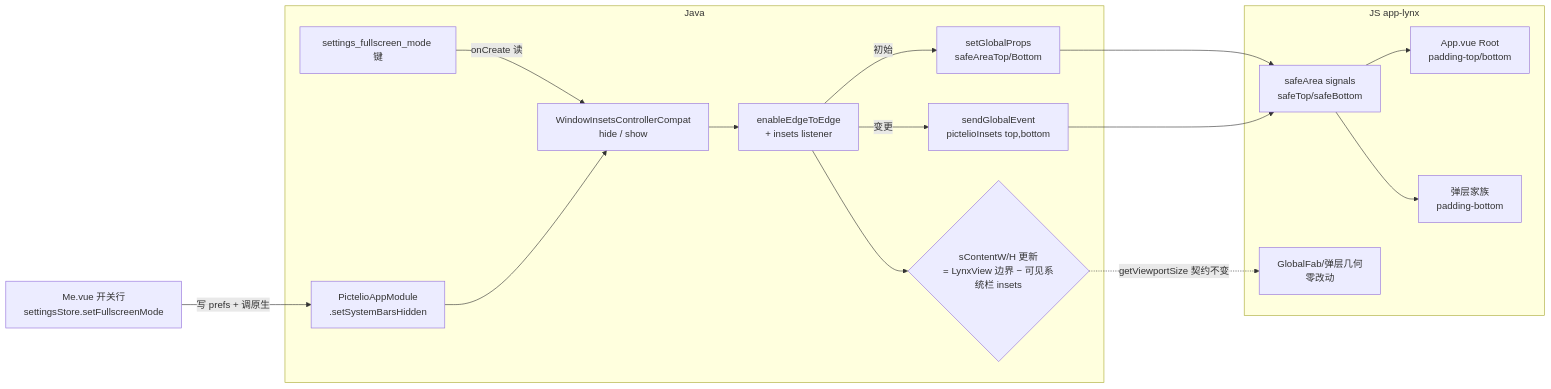
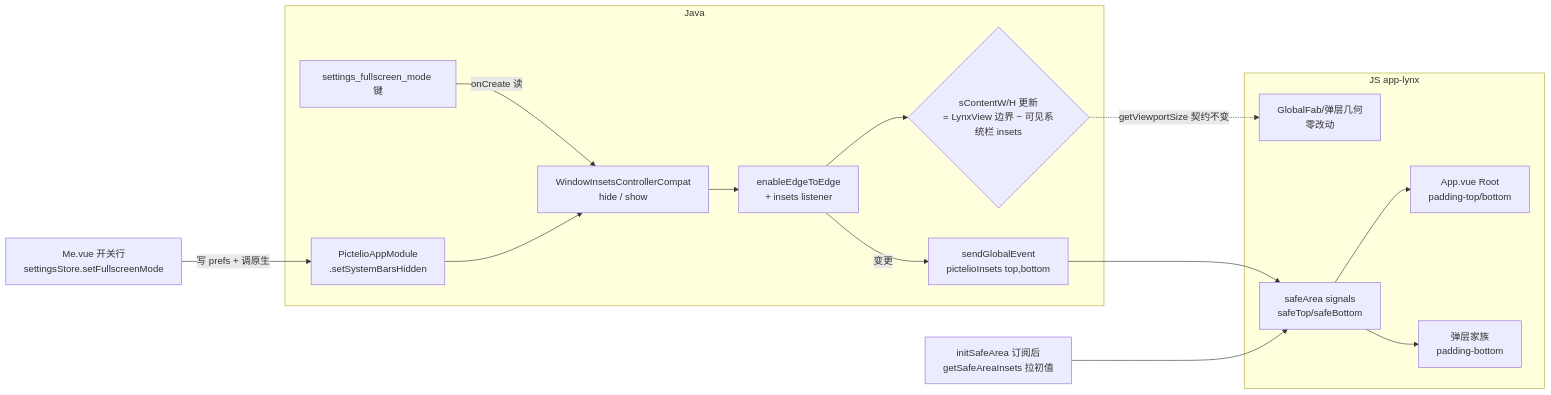
The diagram in docs/specs/lynx-systembars.md (a1121611810/Pictelio), drawn with Mermaid before and after one commit. The commit also changed other lines of this file and 4 other files, not shown here.

````diff
--- a/docs/specs/lynx-systembars.md
+++ b/docs/specs/lynx-systembars.md
@@ -28,19 +28,18 @@
 ```mermaid
 flowchart LR
   subgraph Java
     A[enableEdgeToEdge<br>+ insets listener] --> B{sContentW/H 更新<br>= LynxView 边界 − 可见系统栏 insets}
-    A -->|初始| C[setGlobalProps<br>safeAreaTop/Bottom]
     A -->|变更| D[sendGlobalEvent<br>pictelioInsets top,bottom]
     E[settings_fullscreen_mode 键] -->|onCreate 读| F[WindowInsetsControllerCompat<br>hide / show]
     G[PictelioAppModule<br>.setSystemBarsHidden] --> F
     F --> A
   end
   subgraph JS app-lynx
-    C --> H[safeArea signals<br>safeTop/safeBottom]
-    D --> H
+    D --> H[safeArea signals<br>safeTop/safeBottom]
     H --> I[App.vue Root<br>padding-top/bottom]
     H --> J[弹层家族<br>padding-bottom]
     B -.getViewportSize 契约不变.-> K[GlobalFab/弹层几何<br>零改动]
   end
   L[Me.vue 开关行<br>settingsStore.setFullscreenMode] -->|写 prefs + 调原生| G
+  M[initSafeArea 订阅后<br>getSafeAreaInsets 拉初值] --> H
 ```
````
